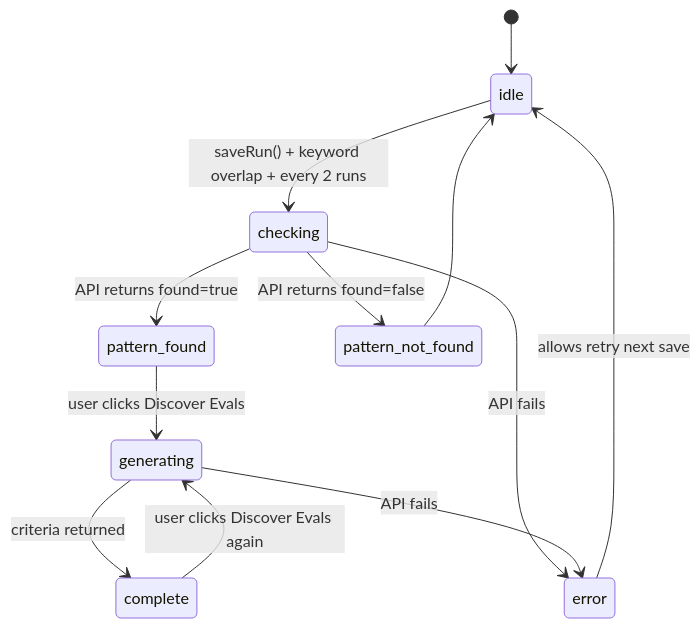
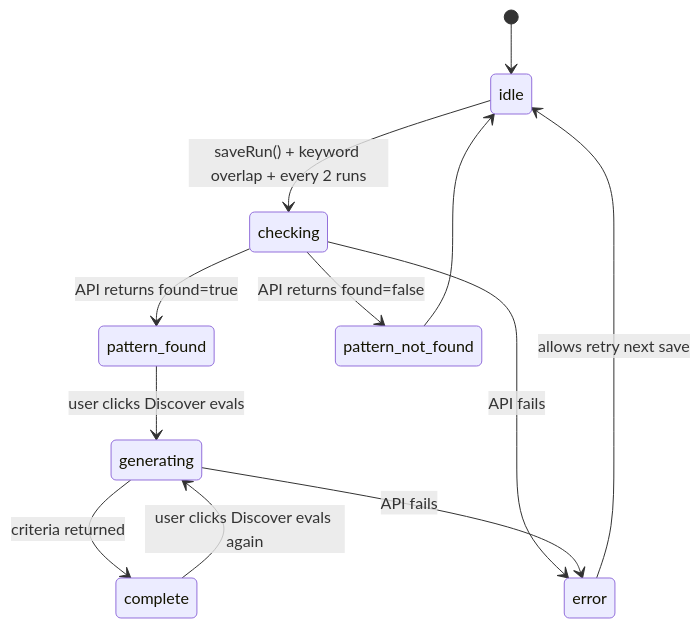
The fourth of 4 diagrams in docs/ARCHITECTURE.md (harikrshm/Eval-Discovery), drawn with Mermaid before and after one commit. The commit also changed other lines of this file and 12 other files, not shown here.

````diff
--- a/docs/ARCHITECTURE.md
+++ b/docs/ARCHITECTURE.md
@@ -252,14 +252,14 @@
 ```mermaid
 stateDiagram-v2
     [*] --> idle
     idle --> checking : saveRun() + keyword overlap + every 2 runs
     checking --> pattern_found : API returns found=true
     checking --> pattern_not_found : API returns found=false
     checking --> error : API fails
     error --> idle : allows retry next save
     pattern_not_found --> idle
-    pattern_found --> generating : user clicks Discover Evals
+    pattern_found --> generating : user clicks Discover evals
     generating --> complete : criteria returned
     generating --> error : API fails
-    complete --> generating : user clicks Discover Evals again
+    complete --> generating : user clicks Discover evals again
 ```
````
